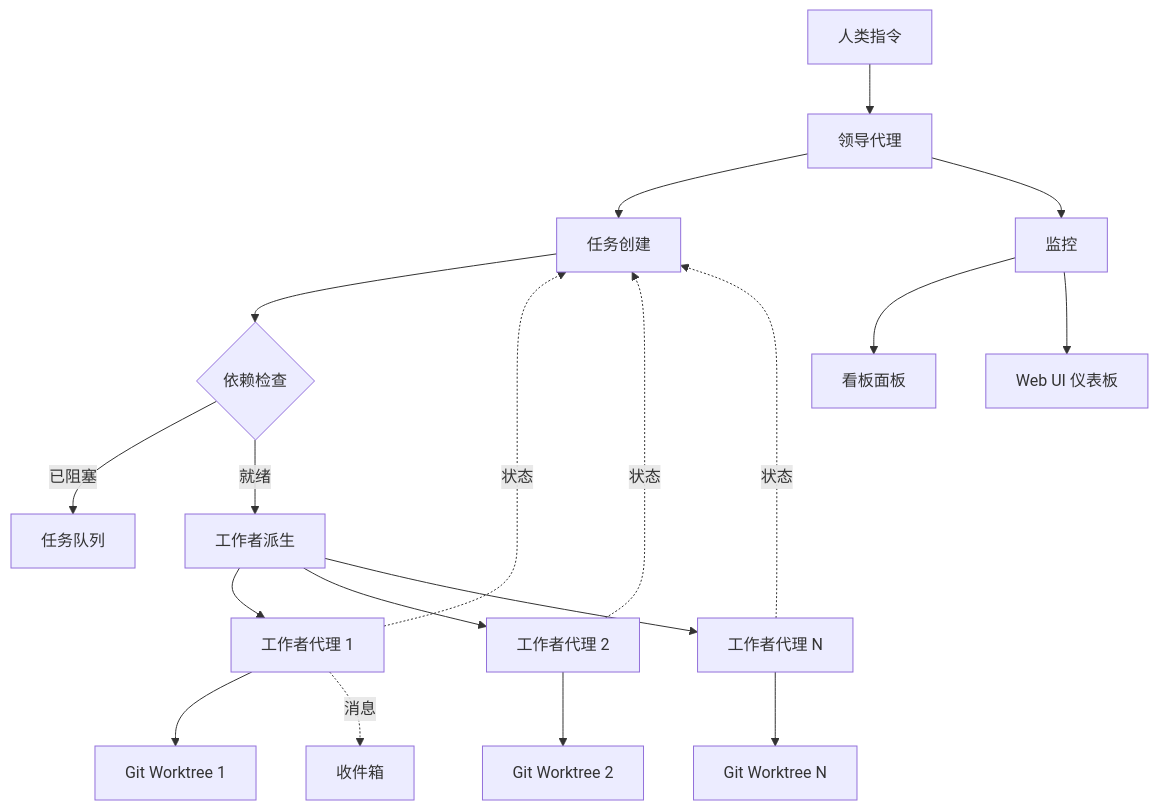
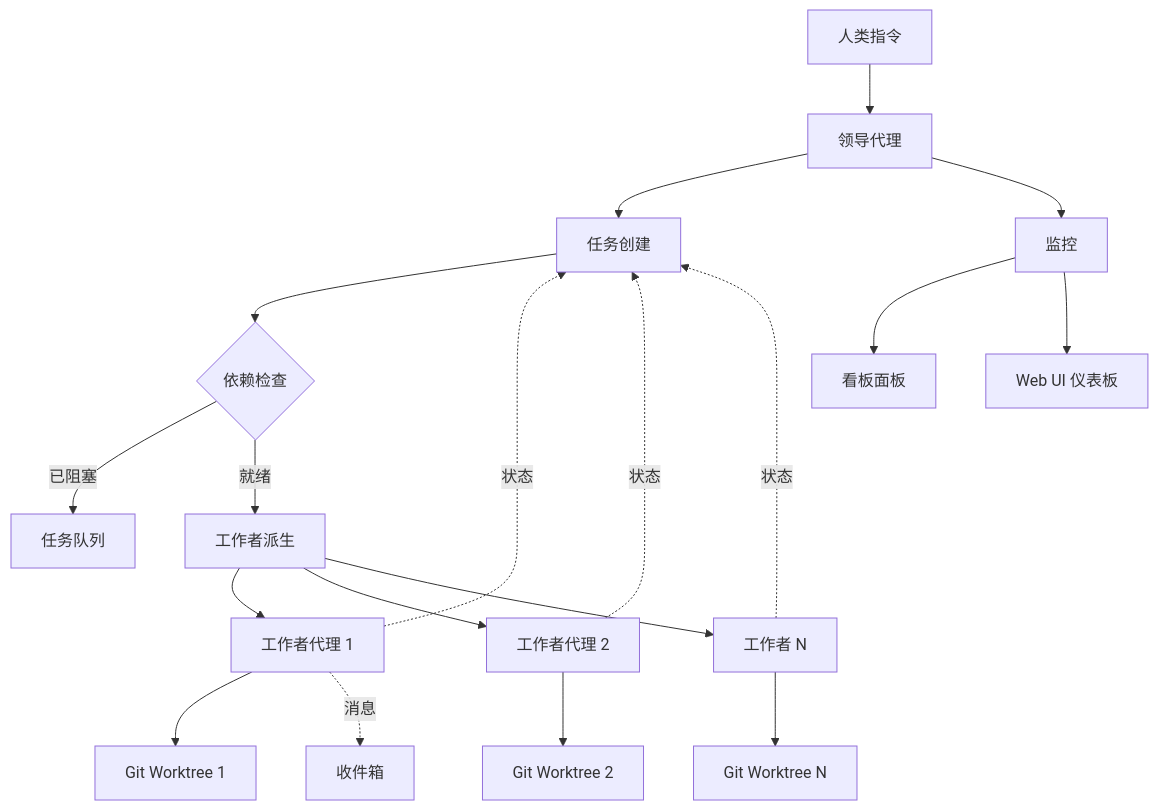
Before and after one commit to dz3ai/allclaws: the second of 15 diagrams in architecture/platform_comparison.zh-CN.md, drawn with Mermaid. The commit also changed other lines of this file and 12 other files, not shown here.

````diff
--- a/architecture/platform_comparison.zh-CN.md
+++ b/architecture/platform_comparison.zh-CN.md
@@ -153,21 +153,21 @@
 ```mermaid
 graph TB
     A[人类指令] --> B[领导代理]
     B --> C[任务创建]
     C --> D{依赖检查}
     D -->|已阻塞| E[任务队列]
     D -->|就绪| F[工作者派生]
     F --> F1[工作者代理 1]
     F --> F2[工作者代理 2]
-    F --> F3[工作者代理 N]
+    F --> F3[工作者 N]
     F1 --> G1[Git Worktree 1]
     F2 --> G2[Git Worktree 2]
     F3 --> G3[Git Worktree N]
     F1 -.->|状态| C
     F2 -.->|状态| C
     F3 -.->|状态| C
     F1 -.->|消息| I[收件箱]
     B --> J[监控]
     J --> J1[看板面板]
     J --> J2[Web UI 仪表板]
 ```
````
